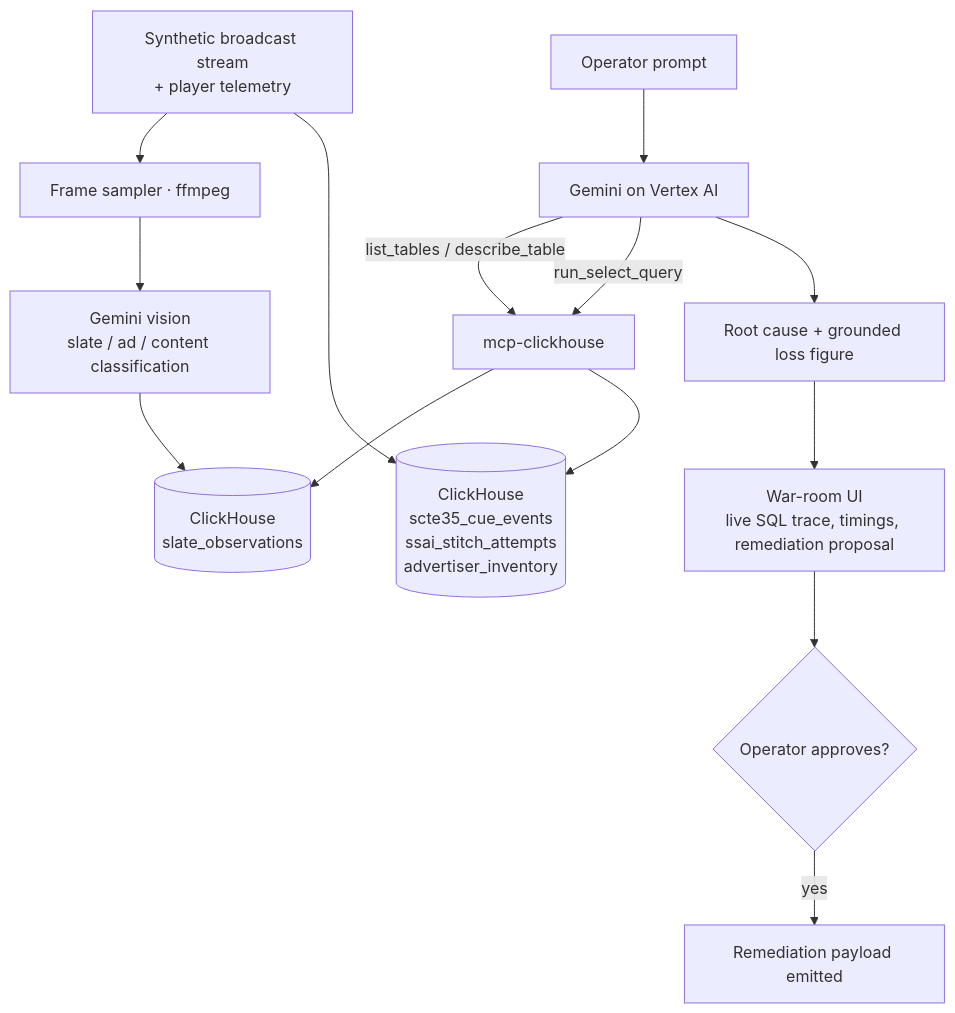
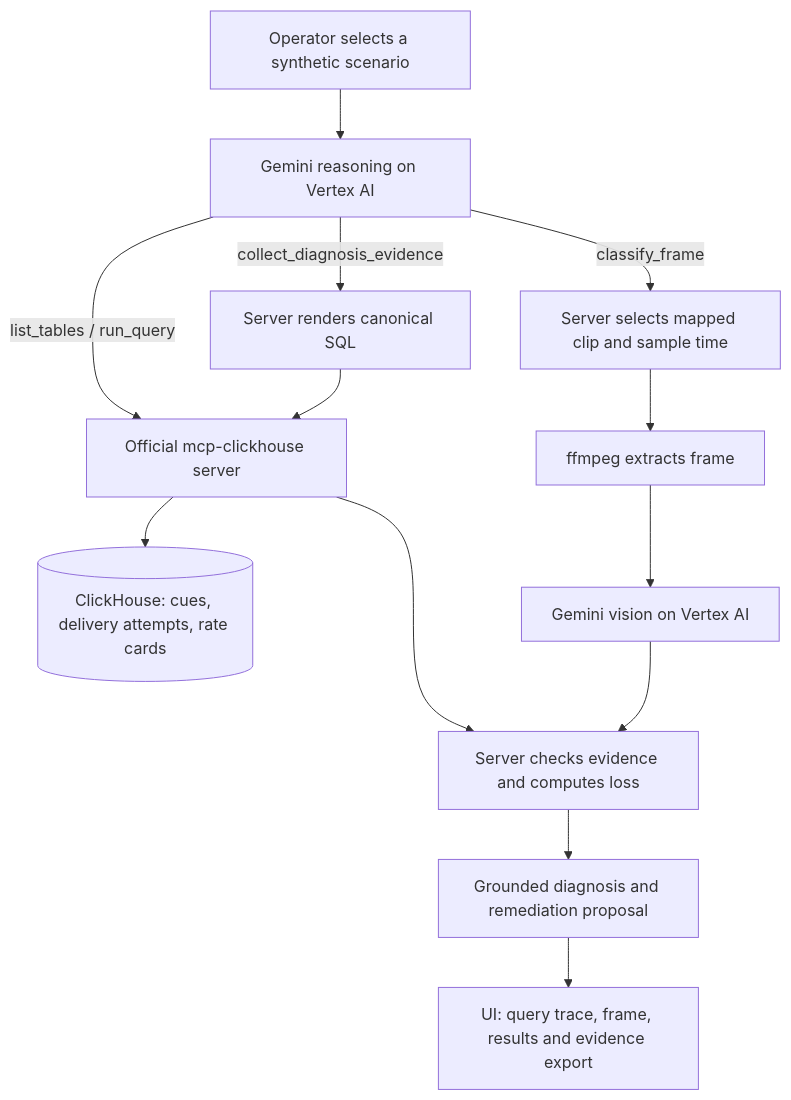
Before and after one commit to jaswalsaurabh/ghostslate: the diagram in README.md, drawn with Mermaid. The commit also changed other lines of this file and 11 other files, not shown here.

````diff
--- a/README.md
+++ b/README.md
@@ -66,16 +99,15 @@
 ```mermaid
 flowchart TD
-    A[Synthetic broadcast stream<br/>+ player telemetry] --> B[Frame sampler · ffmpeg]
-    B --> C[Gemini vision<br/>slate / ad / content classification]
-    C --> D[(ClickHouse<br/>slate_observations)]
-    A --> E[(ClickHouse<br/>scte35_cue_events<br/>ssai_stitch_attempts<br/>advertiser_inventory)]
-    F[Operator prompt] --> G[Gemini on Vertex AI]
-    G -->|list_tables / describe_table| H[mcp-clickhouse]
-    G -->|run_select_query| H
-    H --> D
-    H --> E
-    G --> I[Root cause + grounded loss figure]
-    I --> J[War-room UI<br/>live SQL trace, timings, remediation proposal]
-    J --> K{Operator approves?}
-    K -->|yes| L[Remediation payload emitted]
+    A[Operator selects a synthetic scenario] --> B[Gemini reasoning on Vertex AI]
+    B -->|list_tables / run_query| C[Official mcp-clickhouse server]
+    C --> D[(ClickHouse: cues, delivery attempts, rate cards)]
+    B -->|classify_frame| E[Server selects mapped clip and sample time]
+    E --> F[ffmpeg extracts frame]
+    F --> G[Gemini vision on Vertex AI]
+    B -->|collect_diagnosis_evidence| H[Server renders canonical SQL]
+    H --> C
+    C --> I[Server checks evidence and computes loss]
+    G --> I
+    I --> J[Grounded diagnosis and remediation proposal]
+    J --> K[UI: query trace, frame, results and evidence export]
 ```
````
